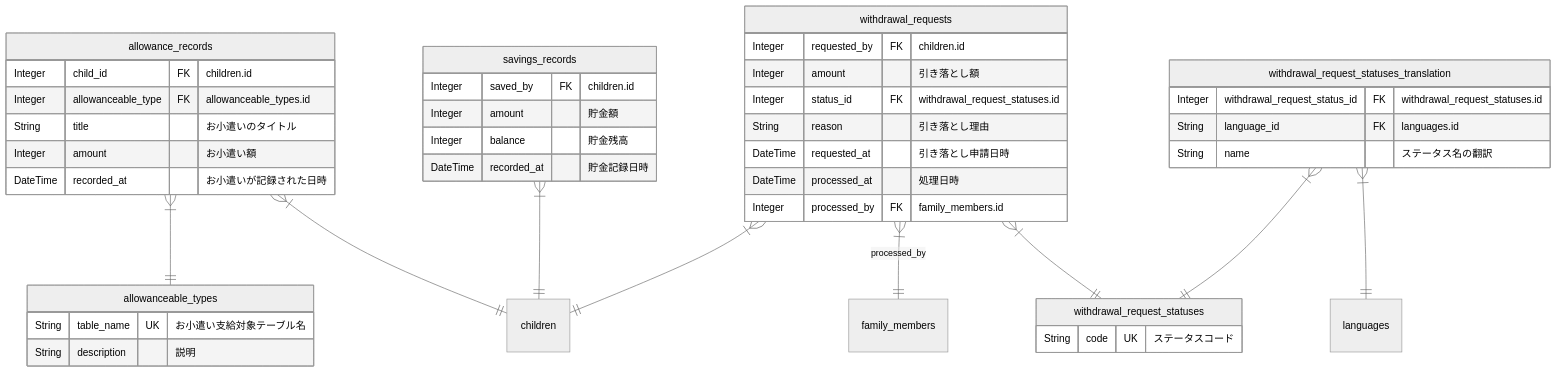
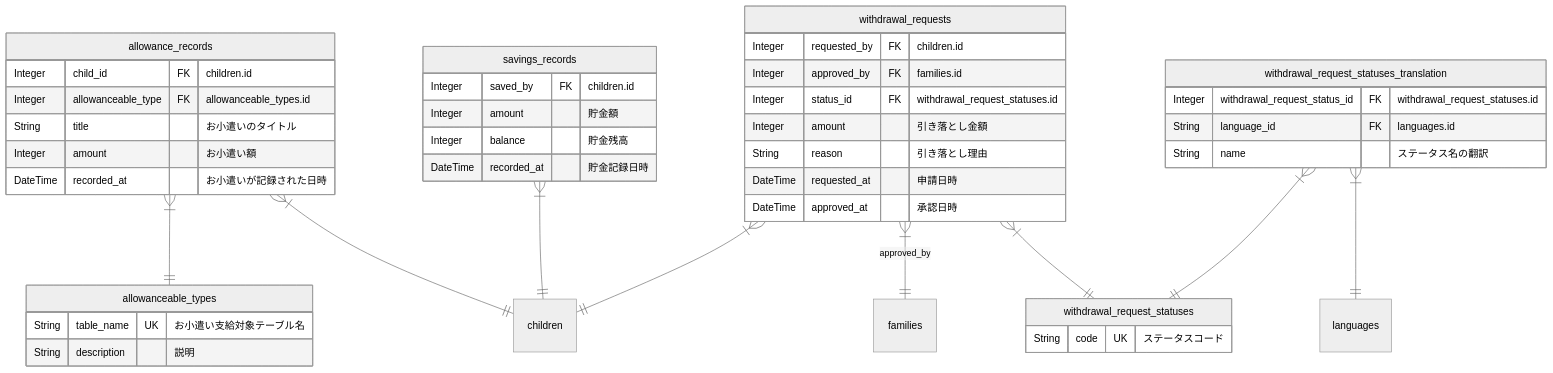
One commit to shuhei1101/allowance-questboard changed the eighth of 17 diagrams in apps/api/docs/ja/uml/erd.md. Above: the diagram before and after it, drawn with Mermaid (neutral theme). The commit also changed other lines of this file, not shown here.

Commit message:
Complete ERD updates for quest entities and other remaining differences

````diff
--- a/apps/api/docs/ja/uml/erd.md
+++ b/apps/api/docs/ja/uml/erd.md
@@ -221,53 +221,53 @@
 ```mermaid
 %% bank
 erDiagram
     allowance_records {
         Integer child_id FK "children.id"
         Integer allowanceable_type FK "allowanceable_types.id"
         String title "お小遣いのタイトル"
         Integer amount "お小遣い額"
         DateTime recorded_at "お小遣いが記録された日時"
     }
 
     allowanceable_types {
         String table_name UK "お小遣い支給対象テーブル名"
         String description "説明"
     }
 
     savings_records {
         Integer saved_by FK "children.id"
         Integer amount "貯金額"
         Integer balance "貯金残高"
         DateTime recorded_at "貯金記録日時"
     }
 
     withdrawal_requests {
         Integer requested_by FK "children.id"
-        Integer amount "引き落とし額"
+        Integer approved_by FK "families.id"
         Integer status_id FK "withdrawal_request_statuses.id"
+        Integer amount "引き落とし金額"
         String reason "引き落とし理由"
-        DateTime requested_at "引き落とし申請日時"
-        DateTime processed_at "処理日時"
-        Integer processed_by FK "family_members.id"
+        DateTime requested_at "申請日時"
+        DateTime approved_at "承認日時"
     }
 
     withdrawal_request_statuses {
         String code UK "ステータスコード"
     }
 
     withdrawal_request_statuses_translation {
         Integer withdrawal_request_status_id FK "withdrawal_request_statuses.id"
         String language_id FK "languages.id"
         String name "ステータス名の翻訳"
     }
 
     %% Relationships
     allowance_records }|--|| children: ""
     allowance_records }|--|| allowanceable_types: ""
     savings_records }|--|| children: ""
     withdrawal_requests }|--|| children: ""
+    withdrawal_requests }|--|| families: "approved_by"
     withdrawal_requests }|--|| withdrawal_request_statuses: ""
-    withdrawal_requests }|--|| family_members: "processed_by"
     withdrawal_request_statuses_translation }|--|| withdrawal_request_statuses: ""
     withdrawal_request_statuses_translation }|--|| languages: ""
 ```
````
